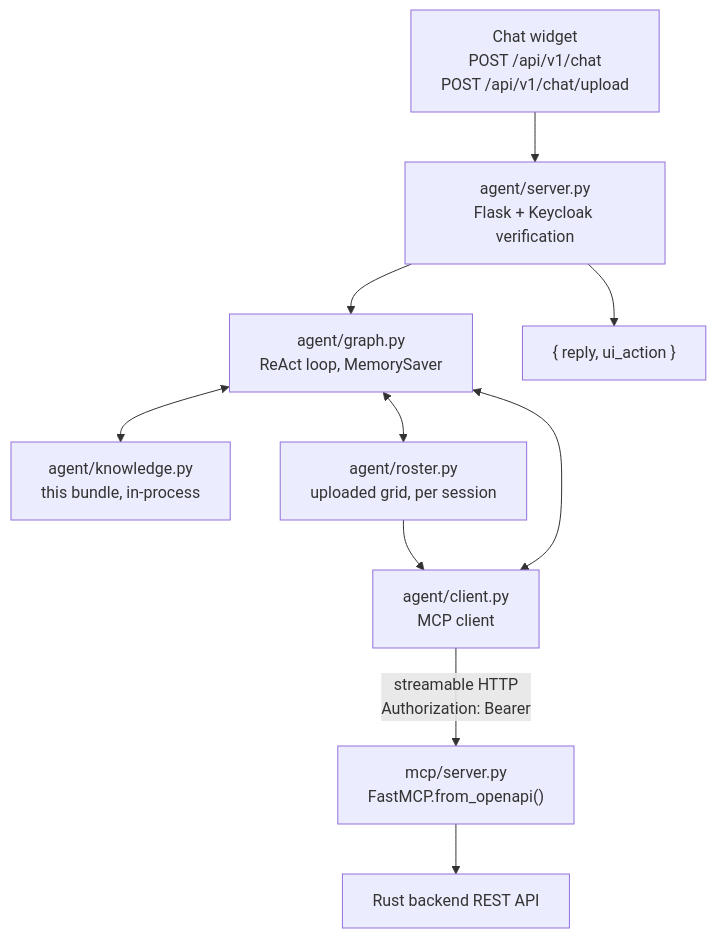
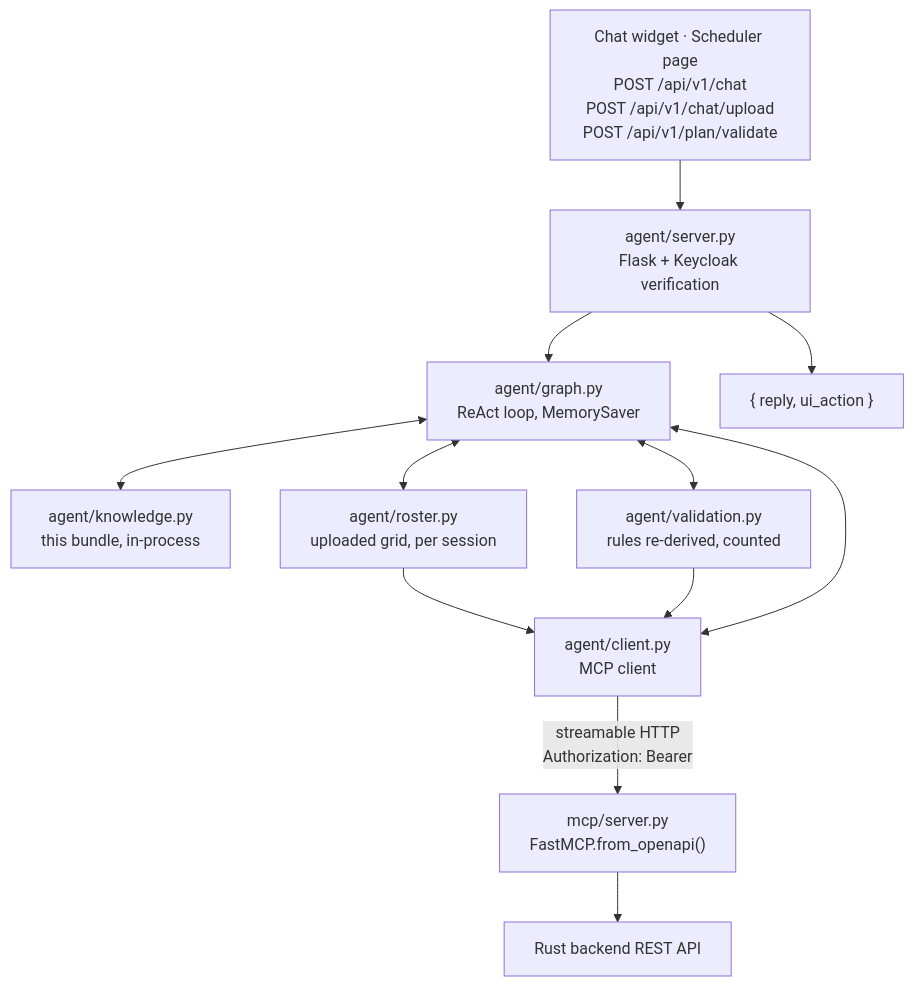
Before and after one commit to uid09552/shift: the diagram in docs/knowledge/architecture/agent-and-mcp-service.md, drawn with Mermaid. The commit also changed other lines of this file and 31 other files, not shown here.

````diff
--- a/docs/knowledge/architecture/agent-and-mcp-service.md
+++ b/docs/knowledge/architecture/agent-and-mcp-service.md
@@ -43,12 +48,14 @@
 ```mermaid
 flowchart TB
-    W["Chat widget<br/>POST /api/v1/chat<br/>POST /api/v1/chat/upload"] --> S["agent/server.py<br/>Flask + Keycloak verification"]
+    W["Chat widget · Scheduler page<br/>POST /api/v1/chat<br/>POST /api/v1/chat/upload<br/>POST /api/v1/plan/validate"] --> S["agent/server.py<br/>Flask + Keycloak verification"]
     S --> G["agent/graph.py<br/>ReAct loop, MemorySaver"]
     G <--> K["agent/knowledge.py<br/>this bundle, in-process"]
     G <--> D["agent/roster.py<br/>uploaded grid, per session"]
+    G <--> V["agent/validation.py<br/>rules re-derived, counted"]
     D --> C
+    V --> C
     G <--> C["agent/client.py<br/>MCP client"]
     C -->|"streamable HTTP<br/>Authorization: Bearer"| M["mcp/server.py<br/>FastMCP.from_openapi()"]
     M --> B["Rust backend REST API"]
     S --> R["{ reply, ui_action }"]
 ```
````
